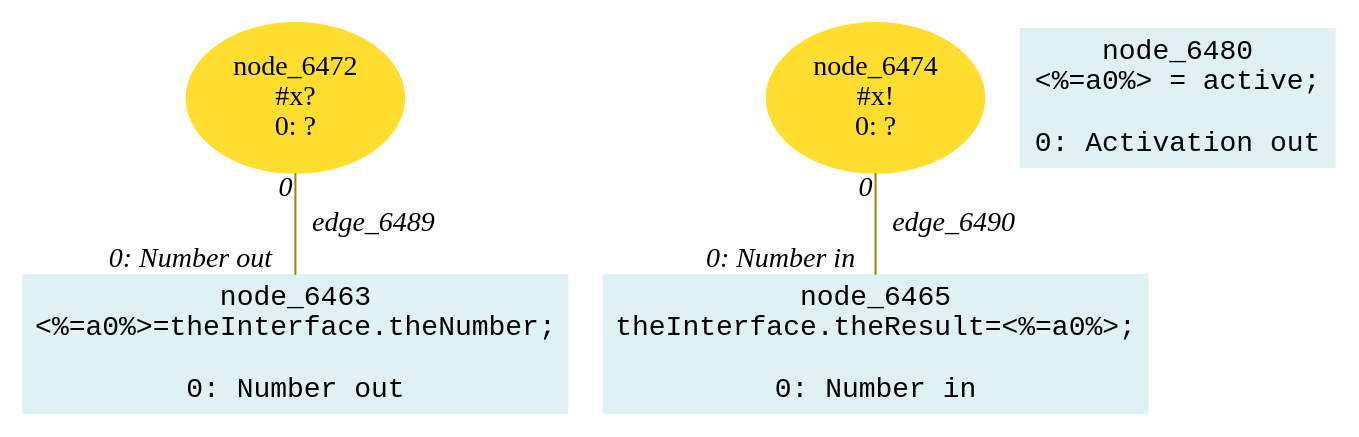
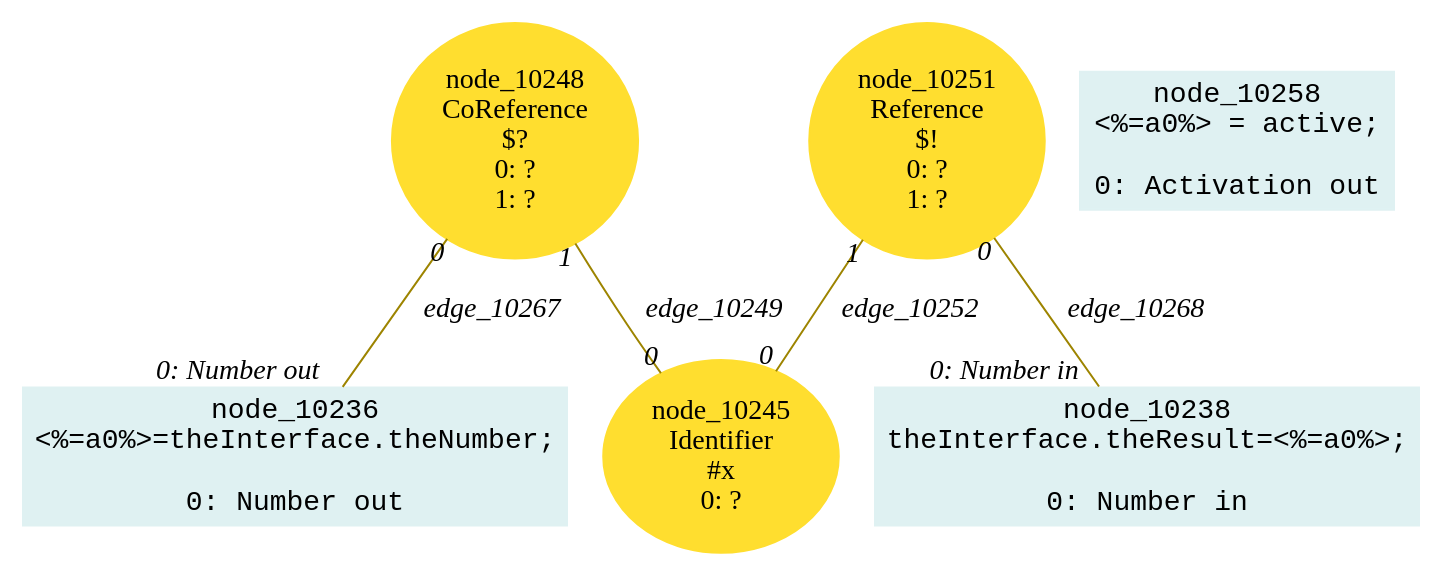
The diagram in lidl-core/example/ok/simple/dot/27matchingCompositionReduction1.dot (crubier/lidl), drawn with Graphviz before and after one commit. The commit also changed 1586 other files, not shown here.

```diff
--- a/lidl-core/example/ok/simple/dot/27matchingCompositionReduction1.dot
+++ b/lidl-core/example/ok/simple/dot/27matchingCompositionReduction1.dot
@@ -1,21 +1,31 @@
-digraph g{node_6463 [shape="box", style="filled", color="#dff1f2", fontname="Courier", label="node_6463
+digraph g{node_10236 [shape="box", style="filled", color="#dff1f2", fontname="Courier", label="node_10236
 <%=a0%>=theInterface.theNumber;
 
 0: Number out" ]
-node_6465 [shape="box", style="filled", color="#dff1f2", fontname="Courier", label="node_6465
+node_10238 [shape="box", style="filled", color="#dff1f2", fontname="Courier", label="node_10238
 theInterface.theResult=<%=a0%>;
 
 0: Number in" ]
-node_6472 [shape="ellipse", style="filled", color="#ffde2f", fontname="Times", label="node_6472
-#x?
+node_10245 [shape="ellipse", style="filled", color="#ffde2f", fontname="Times", label="node_10245
+Identifier
+#x
 0: ?" ]
-node_6474 [shape="ellipse", style="filled", color="#ffde2f", fontname="Times", label="node_6474
-#x!
-0: ?" ]
-node_6480 [shape="box", style="filled", color="#dff1f2", fontname="Courier", label="node_6480
+node_10248 [shape="ellipse", style="filled", color="#ffde2f", fontname="Times", label="node_10248
+CoReference
+$?
+0: ?
+1: ?" ]
+node_10251 [shape="ellipse", style="filled", color="#ffde2f", fontname="Times", label="node_10251
+Reference
+$!
+0: ?
+1: ?" ]
+node_10258 [shape="box", style="filled", color="#dff1f2", fontname="Courier", label="node_10258
 <%=a0%> = active;
 
 0: Activation out" ]
-node_6472 -> node_6463 [dir=none, arrowHead=none, fontname="Times-Italic", arrowsize=1, color="#9d8400", label="edge_6489",  headlabel="0: Number out", taillabel="0" ]
-node_6474 -> node_6465 [dir=none, arrowHead=none, fontname="Times-Italic", arrowsize=1, color="#9d8400", label="edge_6490",  headlabel="0: Number in", taillabel="0" ]
+node_10248 -> node_10245 [dir=none, arrowHead=none, fontname="Times-Italic", arrowsize=1, color="#9d8400", label="edge_10249",  headlabel="0", taillabel="1" ]
+node_10251 -> node_10245 [dir=none, arrowHead=none, fontname="Times-Italic", arrowsize=1, color="#9d8400", label="edge_10252",  headlabel="0", taillabel="1" ]
+node_10248 -> node_10236 [dir=none, arrowHead=none, fontname="Times-Italic", arrowsize=1, color="#9d8400", label="edge_10267",  headlabel="0: Number out", taillabel="0" ]
+node_10251 -> node_10238 [dir=none, arrowHead=none, fontname="Times-Italic", arrowsize=1, color="#9d8400", label="edge_10268",  headlabel="0: Number in", taillabel="0" ]
 }
```
